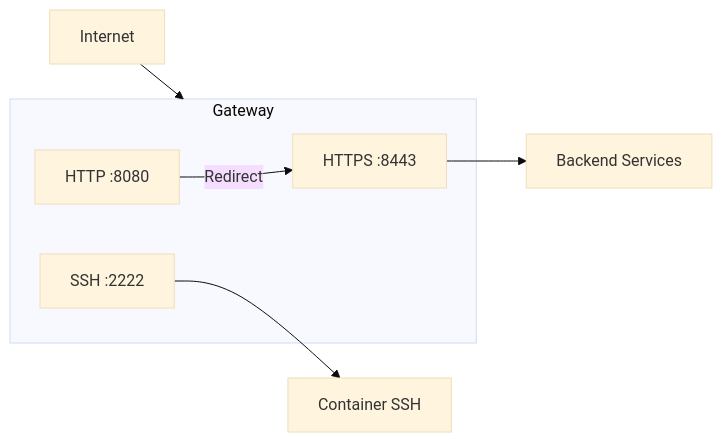
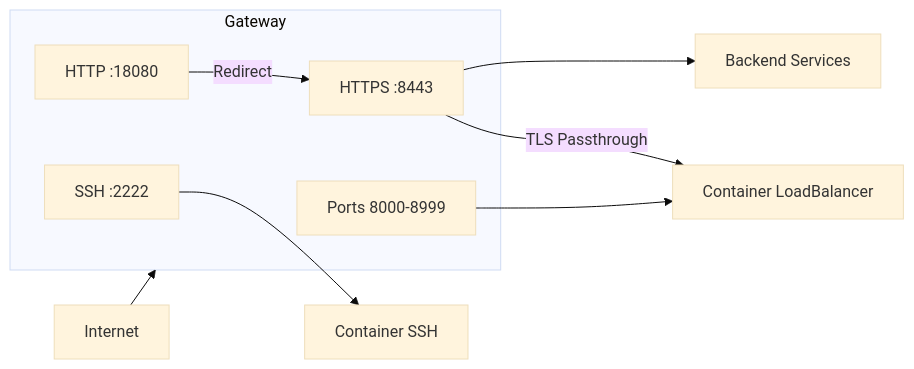
One commit to EddisonSo/cloud changed the diagram in docs/services/gateway.md. Above: the diagram before and after it, drawn with Mermaid (base theme). The commit also changed other lines of this file, not shown here.

First line of the commit message:
Update gateway docs with new architecture

````diff
--- a/docs/services/gateway.md
+++ b/docs/services/gateway.md
@@ -45,14 +47,17 @@
 ```mermaid
 flowchart LR
     Internet[Internet] --> Gateway
 
     subgraph Gateway
         HTTPS[HTTPS :8443]
-        HTTP[HTTP :8080]
+        HTTP[HTTP :18080]
         SSH[SSH :2222]
+        Extra[Ports 8000-8999]
     end
 
     HTTPS --> Backend[Backend Services]
+    HTTPS -->|TLS Passthrough| ContainerLB[Container LoadBalancer]
     HTTP -->|Redirect| HTTPS
-    SSH --> Containers[Container SSH]
+    SSH --> ContainerSSH[Container SSH]
+    Extra --> ContainerLB
 ```
````
